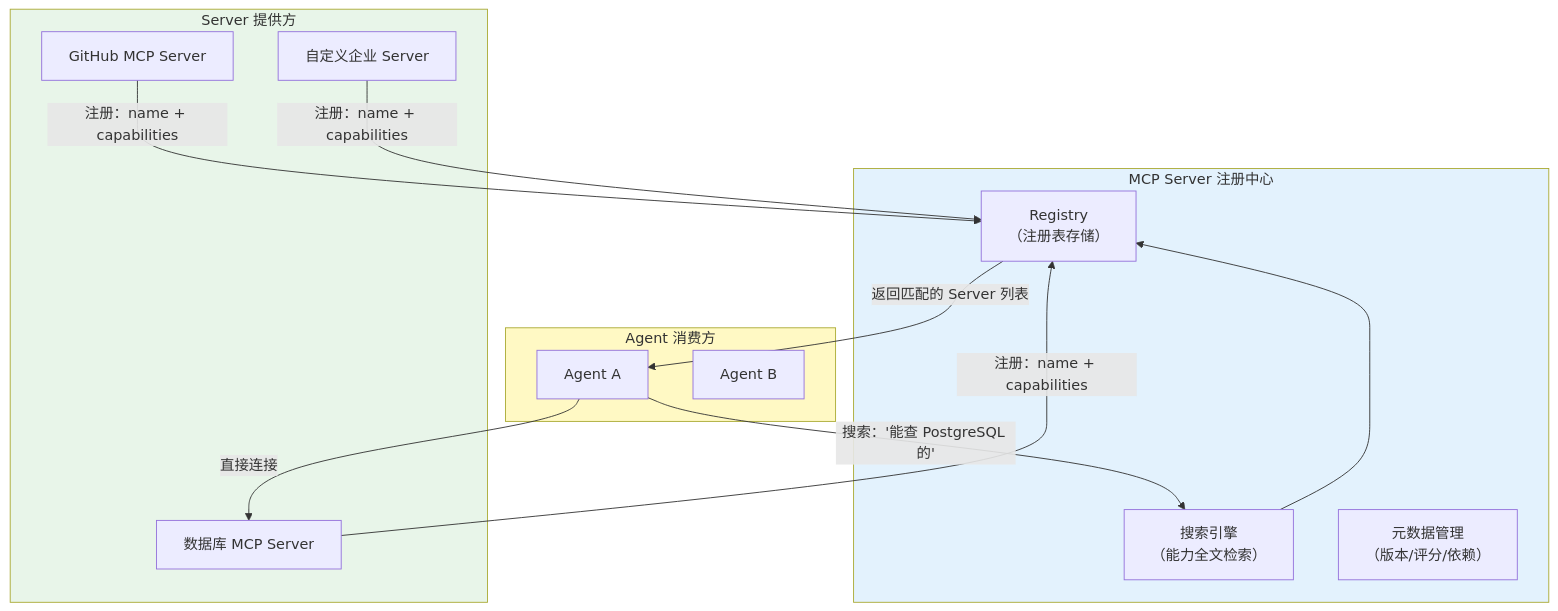
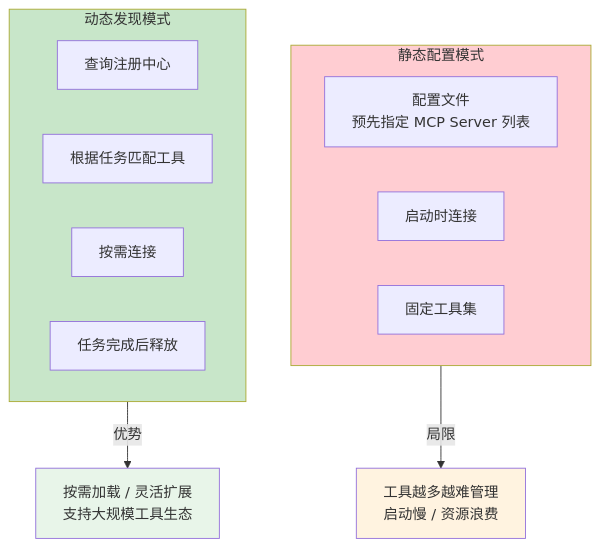
The ninth of 21 diagrams in docs/前沿/04-MCP生态全景.md (UranusGit/java-agent-learn), drawn with Mermaid before and after one commit. The commit also changed other lines of this file and 4 other files, not shown here.

````diff
--- a/docs/前沿/04-MCP生态全景.md
+++ b/docs/前沿/04-MCP生态全景.md
@@ -161,32 +306,23 @@
 ```mermaid
 graph TB
-    subgraph 注册中心["MCP Server 注册中心"]
-        REG["Registry<br/>（注册表存储）"]
-        SEARCH["搜索引擎<br/>（能力全文检索）"]
-        META["元数据管理<br/>（版本/评分/依赖）"]
+    subgraph 静态["静态配置模式"]
+        S_CONFIG["配置文件<br/>预先指定 MCP Server 列表"]
+        S_CONNECT["启动时连接"]
+        S_TOOLS["固定工具集"]
     end
 
-    subgraph 注册方["Server 提供方"]
-        P1["数据库 MCP Server"]
-        P2["GitHub MCP Server"]
-        P3["自定义企业 Server"]
+    subgraph 动态["动态发现模式"]
+        D_REGISTRY["查询注册中心"]
+        D_MATCH["根据任务匹配工具"]
+        D_CONNECT["按需连接"]
+        D_RELEASE["任务完成后释放"]
     end
 
-    subgraph 消费方["Agent 消费方"]
-        C1["Agent A"]
-        C2["Agent B"]
-    end
+    静态 -->|"局限"| LIMIT["工具越多越难管理<br/>启动慢 / 资源浪费"]
+    动态 -->|"优势"| BENEFIT["按需加载 / 灵活扩展<br/>支持大规模工具生态"]
 
-    P1 -->|"注册：name + capabilities"| REG
-    P2 -->|"注册：name + capabilities"| REG
-    P3 -->|"注册：name + capabilities"| REG
-
-    C1 -->|"搜索：'能查 PostgreSQL 的'"| SEARCH
-    SEARCH --> REG
-    REG -->|"返回匹配的 Server 列表"| C1
-    C1 -->|"直接连接"| P1
-
-    style 注册中心 fill:#e3f2fd
-    style 注册方 fill:#e8f5e9
-    style 消费方 fill:#fff9c4
+    style 静态 fill:#ffcdd2
+    style 动态 fill:#c8e6c9
+    style LIMIT fill:#fff3e0
+    style BENEFIT fill:#e8f5e9
 ```
````
